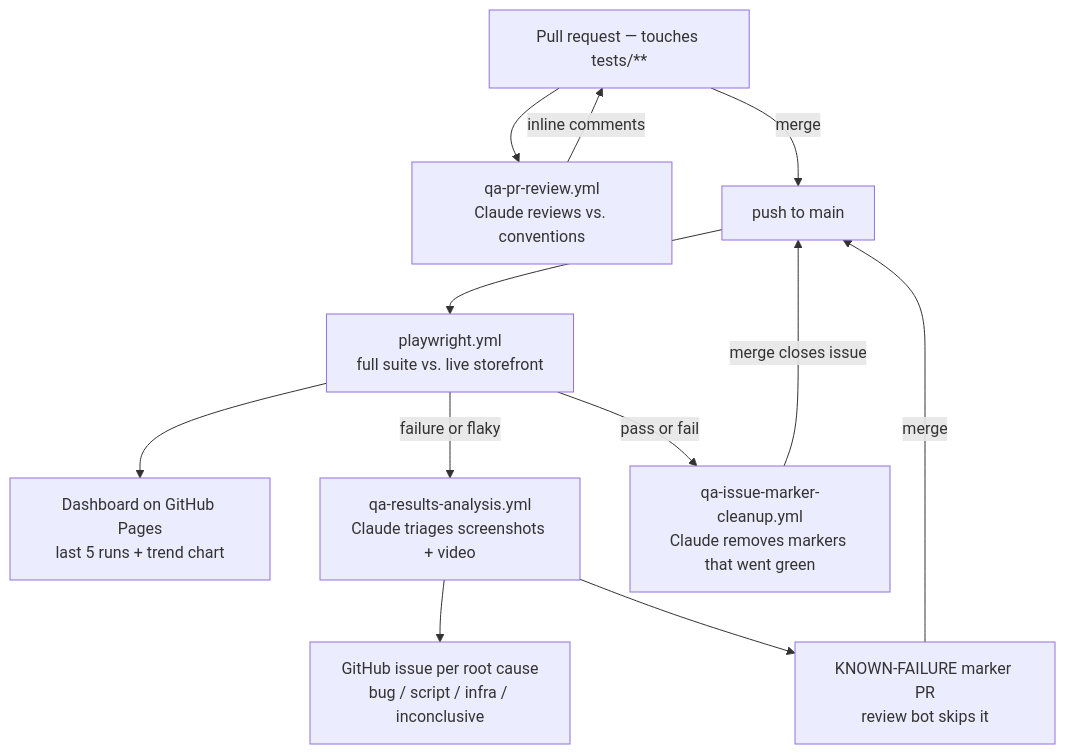
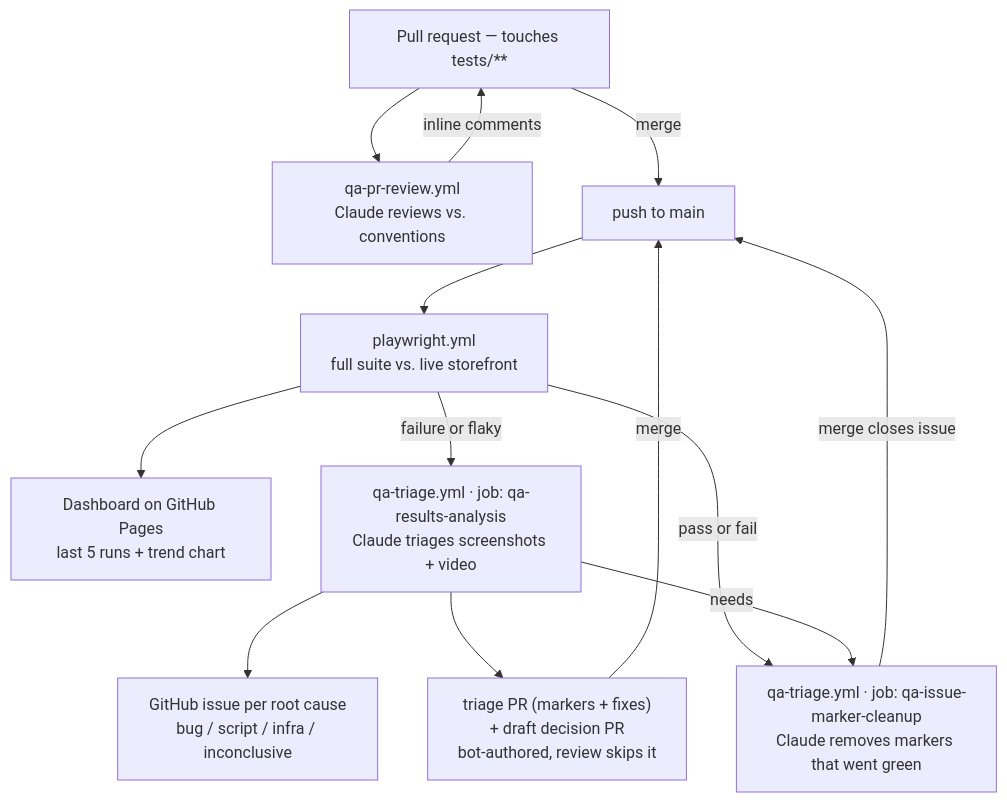
The diagram in README.md (MastahKitz/playwright-fullstack-test-framework), drawn with Mermaid before and after one commit. The commit also changed other lines of this file and 15 other files, not shown here.

````diff
--- a/README.md
+++ b/README.md
@@ -129,24 +129,25 @@
 ```mermaid
 flowchart TD
     PR["Pull request — touches tests/**"]
     Review["qa-pr-review.yml<br/>Claude reviews vs. conventions"]
     Main["push to main"]
     Run["playwright.yml<br/>full suite vs. live storefront"]
     Dash["Dashboard on GitHub Pages<br/>last 5 runs + trend chart"]
-    Triage["qa-results-analysis.yml<br/>Claude triages screenshots + video"]
+    Triage["qa-triage.yml · job: qa-results-analysis<br/>Claude triages screenshots + video"]
     Issue["GitHub issue per root cause<br/>bug / script / infra / inconclusive"]
-    Marker["KNOWN-FAILURE marker PR<br/>review bot skips it"]
-    Cleanup["qa-issue-marker-cleanup.yml<br/>Claude removes markers that went green"]
+    Marker["triage PR (markers + fixes)<br/>+ draft decision PR<br/>bot-authored, review skips it"]
+    Cleanup["qa-triage.yml · job: qa-issue-marker-cleanup<br/>Claude removes markers that went green"]
 
     PR --> Review
     Review -->|inline comments| PR
     PR -->|merge| Main
     Main --> Run
     Run --> Dash
     Run -->|failure or flaky| Triage
     Triage --> Issue
     Triage --> Marker
     Marker -->|merge| Main
     Run -->|pass or fail| Cleanup
+    Triage -->|needs| Cleanup
     Cleanup -->|merge closes issue| Main
 ```
````
